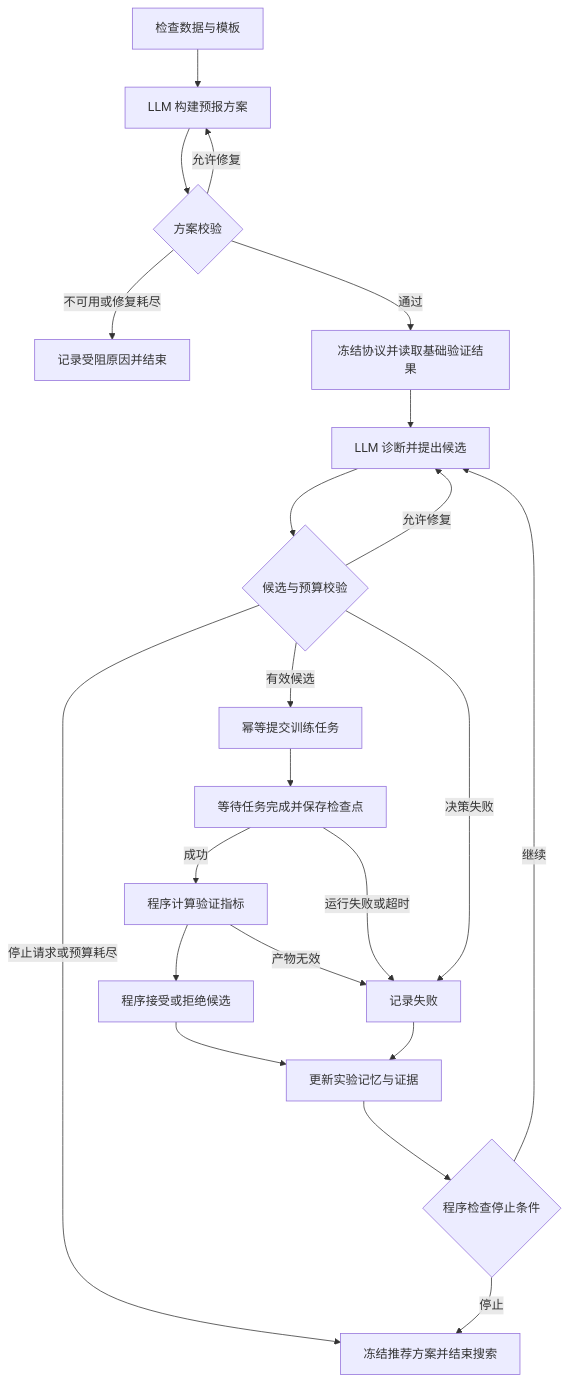
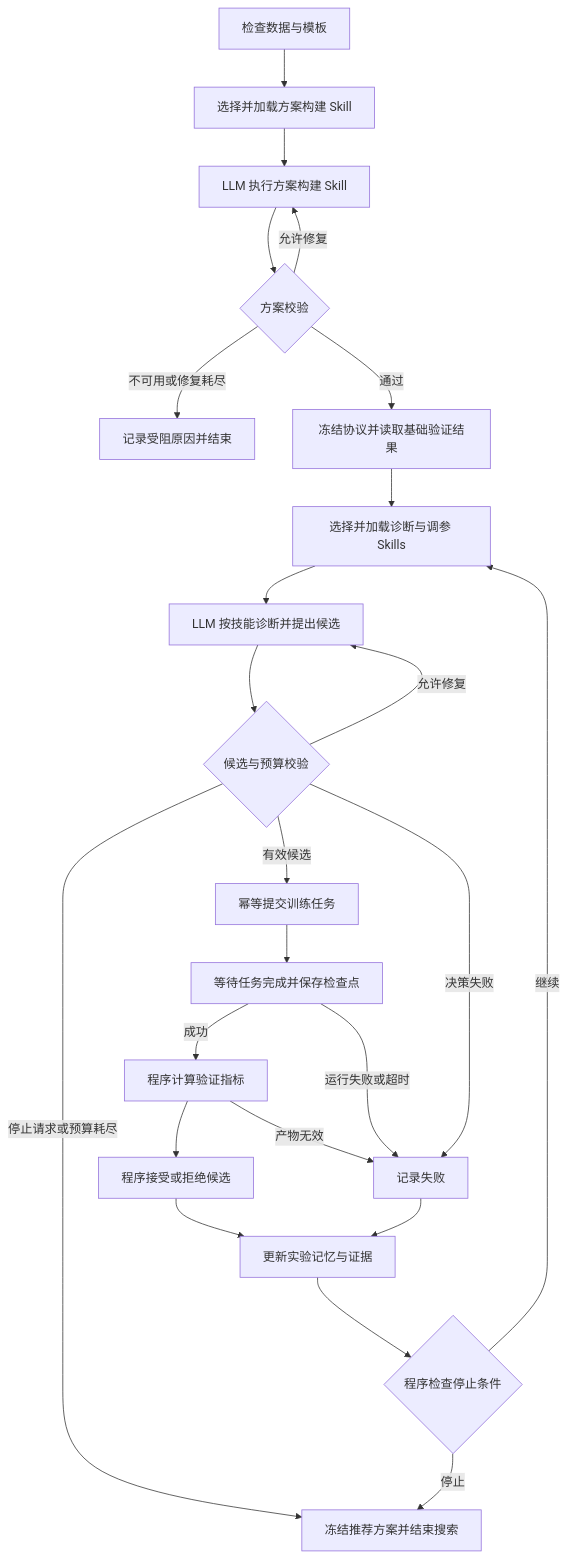
One commit to Inupedia/hydro-agent changed the diagram in docs/基于智能体的水文预报方案构建及参数优化系统 V1.0 开发实施方案.md. Above: the diagram before and after it, drawn with Mermaid. The commit also changed other lines of this file and 1 other file, not shown here.

Commit message:
docs: define reusable hydrology agent skills

````diff
--- a/docs/基于智能体的水文预报方案构建及参数优化系统 V1.0 开发实施方案.md
+++ b/docs/基于智能体的水文预报方案构建及参数优化系统 V1.0 开发实施方案.md
@@ -282,24 +282,26 @@
 ```mermaid
 flowchart TD
-    A[检查数据与模板] --> B[LLM 构建预报方案]
+    A[检查数据与模板] --> S[选择并加载方案构建 Skill]
+    S --> B[LLM 执行方案构建 Skill]
     B --> C{方案校验}
     C -->|允许修复| B
     C -->|不可用或修复耗尽| X[记录受阻原因并结束]
     C -->|通过| D[冻结协议并读取基础验证结果]
-    D --> E[LLM 诊断并提出候选]
+    D --> T[选择并加载诊断与调参 Skills]
+    T --> E[LLM 按技能诊断并提出候选]
     E --> F{候选与预算校验}
     F -->|允许修复| E
     F -->|停止请求或预算耗尽| N[冻结推荐方案并结束搜索]
     F -->|有效候选| G[幂等提交训练任务]
     F -->|决策失败| K[记录失败]
     G --> H[等待任务完成并保存检查点]
     H -->|成功| I[程序计算验证指标]
     H -->|运行失败或超时| K
     I --> J[程序接受或拒绝候选]
     I -->|产物无效| K
     J --> L[更新实验记忆与证据]
     K --> L
     L --> M{程序检查停止条件}
-    M -->|继续| E
+    M -->|继续| T
     M -->|停止| N
 ```
````
